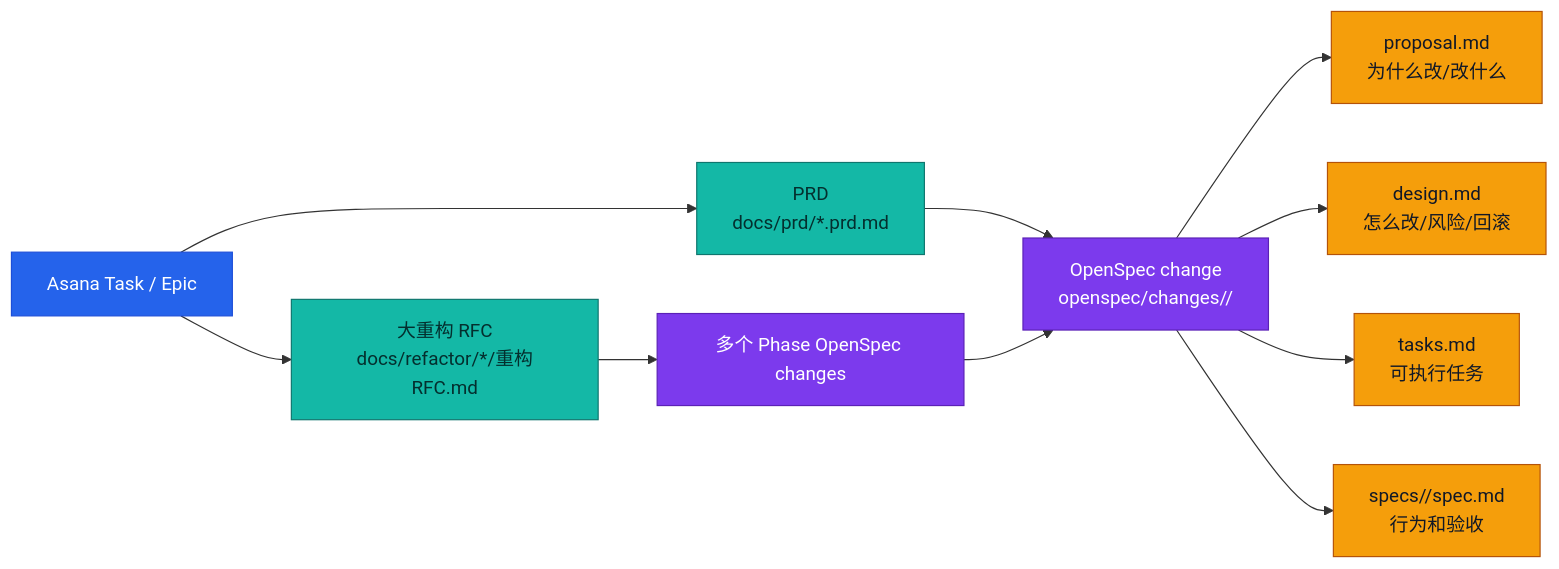
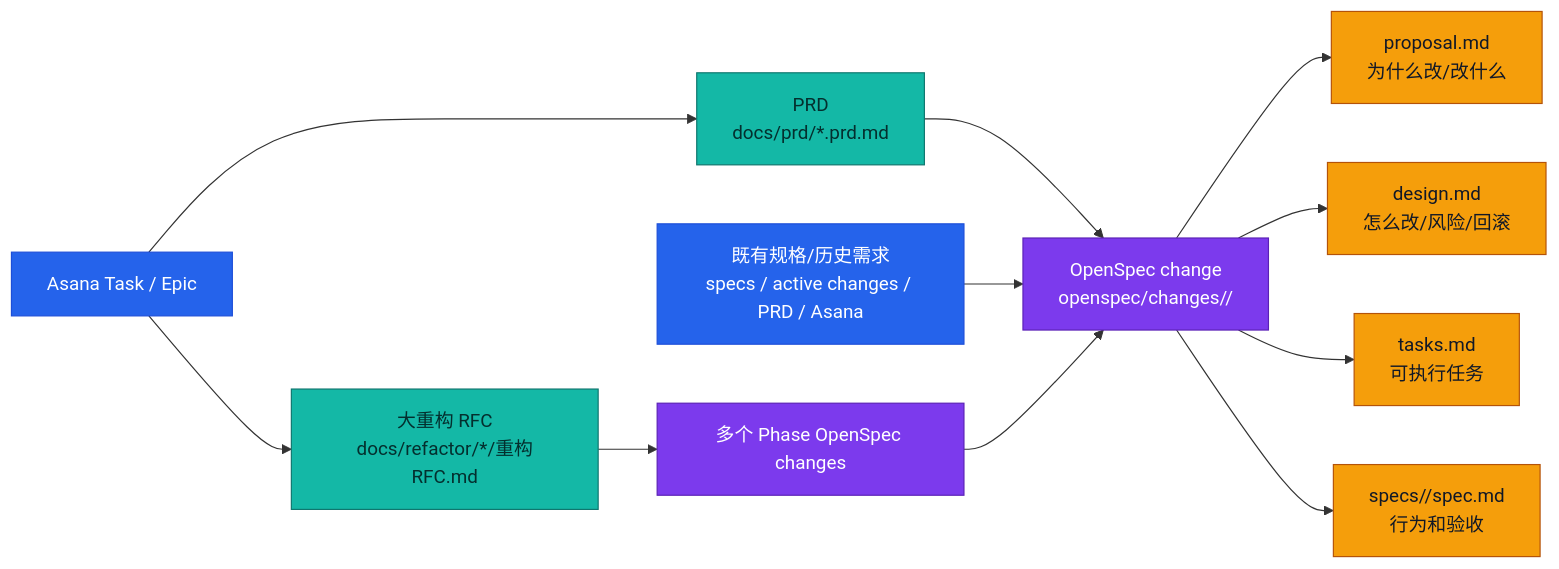
The fourth of 4 diagrams in 流程图.md (guobang1998/asana-openspec-java-workflow), drawn with Mermaid before and after one commit. The commit also changed other lines of this file and 6 other files, not shown here.

````diff
--- a/流程图.md
+++ b/流程图.md
@@ -117,23 +118,24 @@
 ```mermaid
 flowchart LR
   A["Asana Task / Epic"] --> B["PRD<br/>docs/prd/*.prd.md"]
   B --> C["OpenSpec change<br/>openspec/changes/<change-id>/"]
+  J["既有规格/历史需求<br/>specs / active changes / PRD / Asana"] --> C
   C --> D["proposal.md<br/>为什么改/改什么"]
   C --> E["design.md<br/>怎么改/风险/回滚"]
   C --> F["tasks.md<br/>可执行任务"]
   C --> G["specs/<capability>/spec.md<br/>行为和验收"]
 
   A --> H["大重构 RFC<br/>docs/refactor/*/重构RFC.md"]
   H --> I["多个 Phase OpenSpec changes"]
   I --> C
 
   classDef source fill:#2563eb,color:#fff,stroke:#1d4ed8;
   classDef prd fill:#14b8a6,color:#042f2e,stroke:#0f766e;
   classDef spec fill:#7c3aed,color:#fff,stroke:#5b21b6;
   classDef file fill:#f59e0b,color:#111827,stroke:#b45309;
 
-  class A source;
+  class A,J source;
   class B,H prd;
   class C,I spec;
   class D,E,F,G file;
 ```
````
